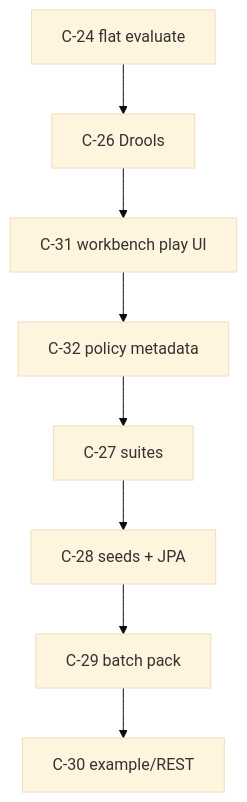
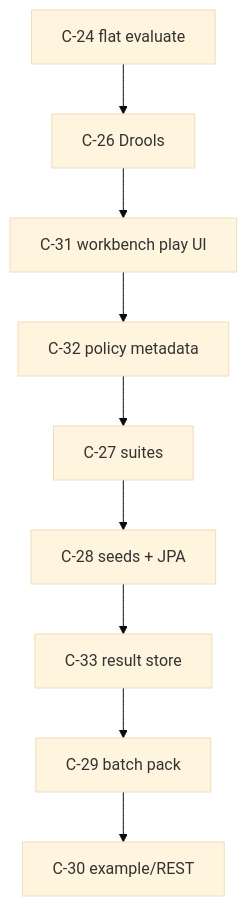
The second of 2 diagrams in docs/design/policy/README.md (qpointz/objs), drawn with Mermaid (base theme) before and after one commit. The commit also changed other lines of this file and 6 other files, not shown here.

````diff
--- a/docs/design/policy/README.md
+++ b/docs/design/policy/README.md
@@ -67,12 +68,13 @@
 ```mermaid
 flowchart TD
   c24[C-24 flat evaluate]
   c26[C-26 Drools]
   c31[C-31 workbench play UI]
   c32[C-32 policy metadata]
   c27[C-27 suites]
   c28[C-28 seeds + JPA]
+  c33[C-33 result store]
   c29[C-29 batch pack]
   c30[C-30 example/REST]
-  c24 --> c26 --> c31 --> c32 --> c27 --> c28 --> c29 --> c30
+  c24 --> c26 --> c31 --> c32 --> c27 --> c28 --> c33 --> c29 --> c30
 ```
````
